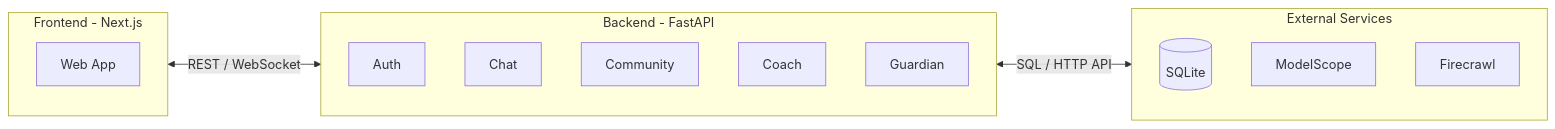
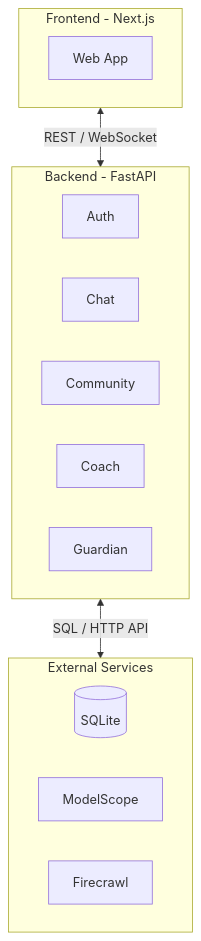
Before and after one commit to koishi510/MomShell: the second of 2 diagrams in docs/architecture.md, drawn with Mermaid.

````diff
--- a/docs/architecture.md
+++ b/docs/architecture.md
@@ -149,26 +149,23 @@
 ```mermaid
-flowchart LR
+flowchart TB
     subgraph Frontend[Frontend - Next.js]
-        direction TB
         UI[Web App]
     end
 
     subgraph Backend[Backend - FastAPI]
-        direction TB
         Auth
         Chat
         Community
         Coach
         Guardian
     end
 
     subgraph External[External Services]
-        direction TB
         DB[(SQLite)]
         LLM[ModelScope]
         Search[Firecrawl]
     end
 
     Frontend <-->|REST / WebSocket| Backend
     Backend <-->|SQL / HTTP API| External
 ```
````
